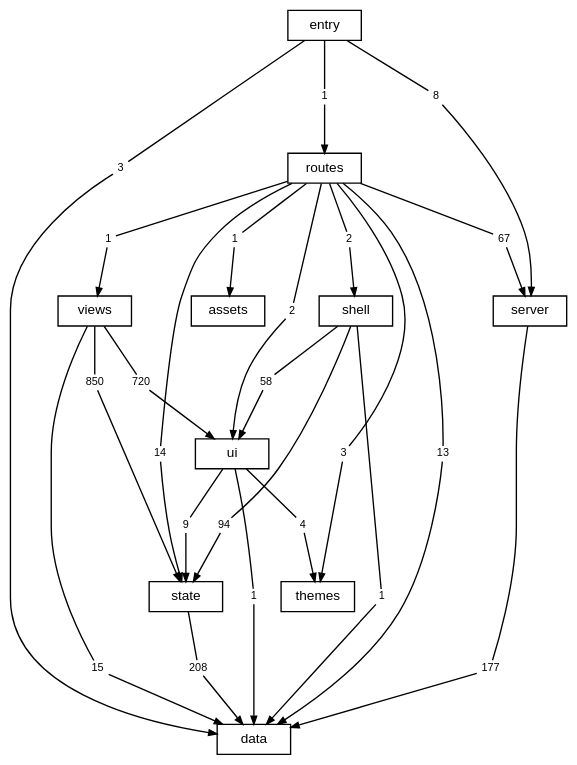
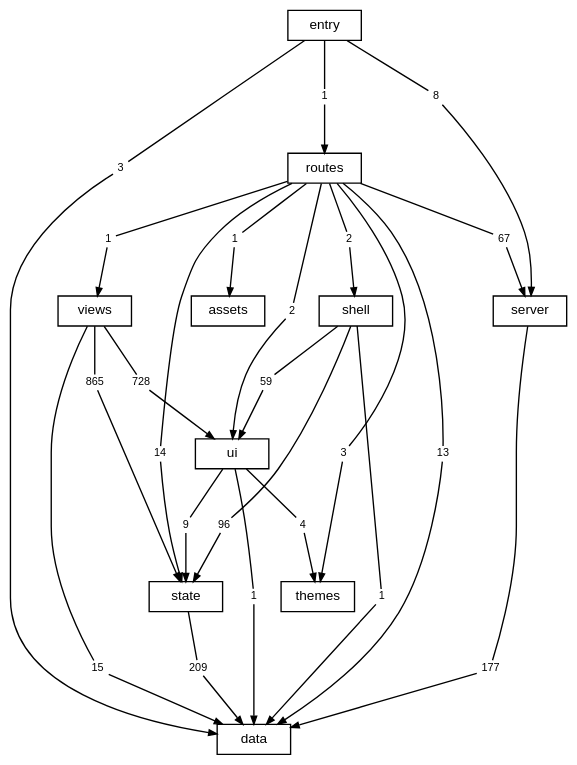
The diagram in docs/diagrams/layers.dot (TheAxeC/oculus), drawn with Graphviz before and after one commit. The commit also changed 129 other files, not shown here.

```diff
--- a/docs/diagrams/layers.dot
+++ b/docs/diagrams/layers.dot
@@ -1,81 +1,81 @@
 digraph layers {
     graph [bgcolor="transparent", rankdir=TB, newrank=true, fontname="Helvetica,Arial,sans-serif", fontsize=12, nodesep=0.2, ranksep=0.5];
     node [shape=box, color="black", fontcolor="black", fontname="Helvetica,Arial,sans-serif", fontsize=10, height=0.3, margin="0.12,0.04"];
     edge [color="black", fontcolor="black", fontname="Helvetica,Arial,sans-serif", fontsize=8, arrowsize=0.6];
     "data";
     "server";
     "state";
     "ui";
     "shell";
     "views";
     "themes";
     "routes";
     "src" [label="entry"];
     "files: assets" [label="assets"];
     "routes to data" [label="13", shape=box, color="transparent", fontsize=8, width=0, height=0, margin="0.04,0.02"];
     "routes" -> "routes to data" [arrowhead=none];
     "routes to data" -> "data" [];
     "routes to files: assets" [label="1", shape=box, color="transparent", fontsize=8, width=0, height=0, margin="0.04,0.02"];
     "routes" -> "routes to files: assets" [arrowhead=none];
     "routes to files: assets" -> "files: assets" [];
     "routes to server" [label="67", shape=box, color="transparent", fontsize=8, width=0, height=0, margin="0.04,0.02"];
     "routes" -> "routes to server" [arrowhead=none];
     "routes to server" -> "server" [];
     "routes to shell" [label="2", shape=box, color="transparent", fontsize=8, width=0, height=0, margin="0.04,0.02"];
     "routes" -> "routes to shell" [arrowhead=none];
     "routes to shell" -> "shell" [];
     "routes to state" [label="14", shape=box, color="transparent", fontsize=8, width=0, height=0, margin="0.04,0.02"];
     "routes" -> "routes to state" [arrowhead=none];
     "routes to state" -> "state" [];
     "routes to themes" [label="3", shape=box, color="transparent", fontsize=8, width=0, height=0, margin="0.04,0.02"];
     "routes" -> "routes to themes" [arrowhead=none];
     "routes to themes" -> "themes" [];
     "routes to ui" [label="2", shape=box, color="transparent", fontsize=8, width=0, height=0, margin="0.04,0.02"];
     "routes" -> "routes to ui" [arrowhead=none];
     "routes to ui" -> "ui" [];
     "routes to views" [label="1", shape=box, color="transparent", fontsize=8, width=0, height=0, margin="0.04,0.02"];
     "routes" -> "routes to views" [arrowhead=none];
     "routes to views" -> "views" [];
     "server to data" [label="177", shape=box, color="transparent", fontsize=8, width=0, height=0, margin="0.04,0.02"];
     "server" -> "server to data" [arrowhead=none];
     "server to data" -> "data" [];
     "shell to data" [label="1", shape=box, color="transparent", fontsize=8, width=0, height=0, margin="0.04,0.02"];
     "shell" -> "shell to data" [arrowhead=none];
     "shell to data" -> "data" [];
-    "shell to state" [label="94", shape=box, color="transparent", fontsize=8, width=0, height=0, margin="0.04,0.02"];
+    "shell to state" [label="96", shape=box, color="transparent", fontsize=8, width=0, height=0, margin="0.04,0.02"];
     "shell" -> "shell to state" [arrowhead=none];
     "shell to state" -> "state" [];
-    "shell to ui" [label="58", shape=box, color="transparent", fontsize=8, width=0, height=0, margin="0.04,0.02"];
+    "shell to ui" [label="59", shape=box, color="transparent", fontsize=8, width=0, height=0, margin="0.04,0.02"];
     "shell" -> "shell to ui" [arrowhead=none];
     "shell to ui" -> "ui" [];
     "src to data" [label="3", shape=box, color="transparent", fontsize=8, width=0, height=0, margin="0.04,0.02"];
     "src" -> "src to data" [arrowhead=none];
     "src to data" -> "data" [];
     "src to routes" [label="1", shape=box, color="transparent", fontsize=8, width=0, height=0, margin="0.04,0.02"];
     "src" -> "src to routes" [arrowhead=none];
     "src to routes" -> "routes" [];
     "src to server" [label="8", shape=box, color="transparent", fontsize=8, width=0, height=0, margin="0.04,0.02"];
     "src" -> "src to server" [arrowhead=none];
     "src to server" -> "server" [];
-    "state to data" [label="208", shape=box, color="transparent", fontsize=8, width=0, height=0, margin="0.04,0.02"];
+    "state to data" [label="209", shape=box, color="transparent", fontsize=8, width=0, height=0, margin="0.04,0.02"];
     "state" -> "state to data" [arrowhead=none];
     "state to data" -> "data" [];
     "ui to data" [label="1", shape=box, color="transparent", fontsize=8, width=0, height=0, margin="0.04,0.02"];
     "ui" -> "ui to data" [arrowhead=none];
     "ui to data" -> "data" [];
     "ui to state" [label="9", shape=box, color="transparent", fontsize=8, width=0, height=0, margin="0.04,0.02"];
     "ui" -> "ui to state" [arrowhead=none];
     "ui to state" -> "state" [];
     "ui to themes" [label="4", shape=box, color="transparent", fontsize=8, width=0, height=0, margin="0.04,0.02"];
     "ui" -> "ui to themes" [arrowhead=none];
     "ui to themes" -> "themes" [];
     "views to data" [label="15", shape=box, color="transparent", fontsize=8, width=0, height=0, margin="0.04,0.02"];
     "views" -> "views to data" [arrowhead=none];
     "views to data" -> "data" [];
-    "views to state" [label="850", shape=box, color="transparent", fontsize=8, width=0, height=0, margin="0.04,0.02"];
+    "views to state" [label="865", shape=box, color="transparent", fontsize=8, width=0, height=0, margin="0.04,0.02"];
     "views" -> "views to state" [arrowhead=none];
     "views to state" -> "state" [];
-    "views to ui" [label="720", shape=box, color="transparent", fontsize=8, width=0, height=0, margin="0.04,0.02"];
+    "views to ui" [label="728", shape=box, color="transparent", fontsize=8, width=0, height=0, margin="0.04,0.02"];
     "views" -> "views to ui" [arrowhead=none];
     "views to ui" -> "ui" [];
 }
```
